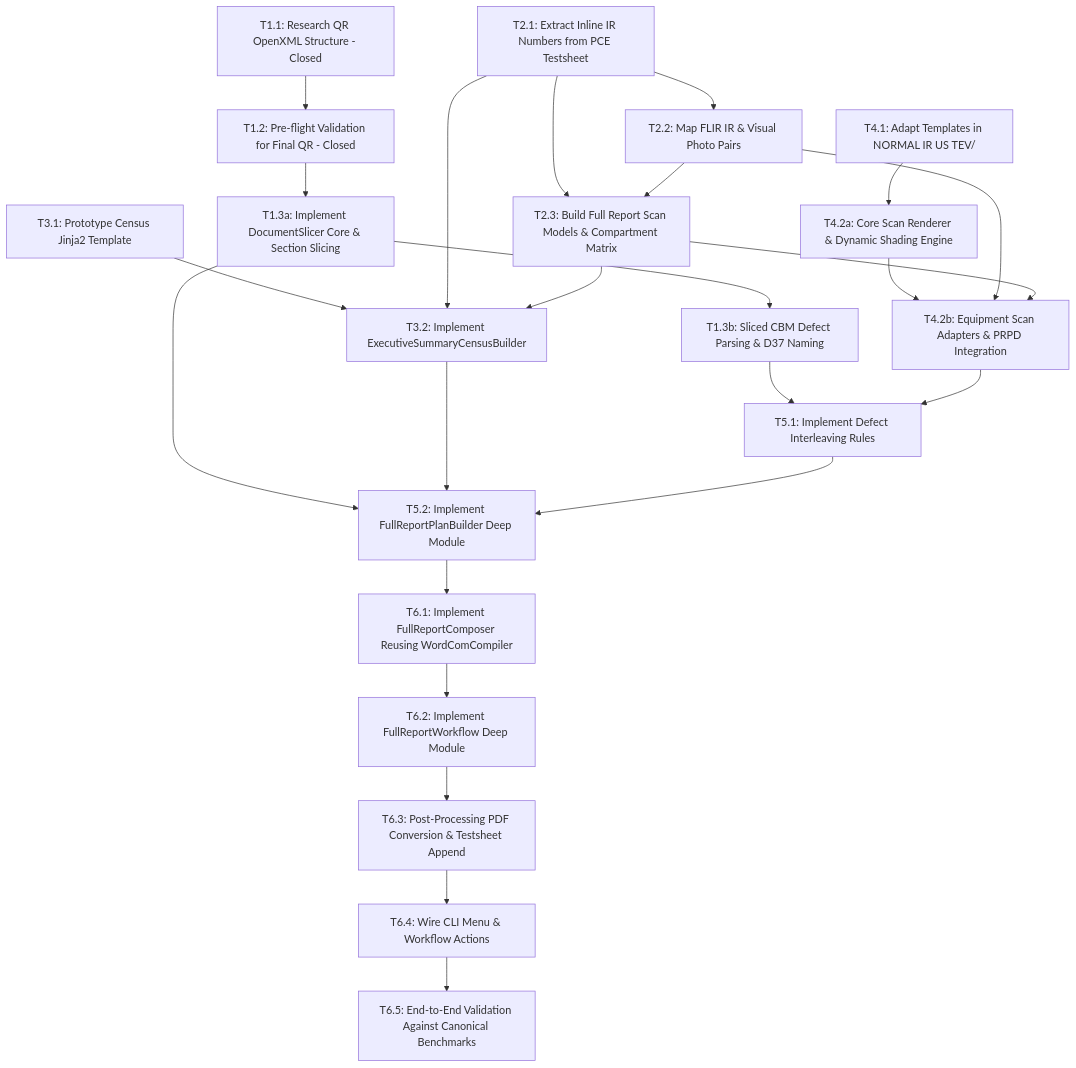
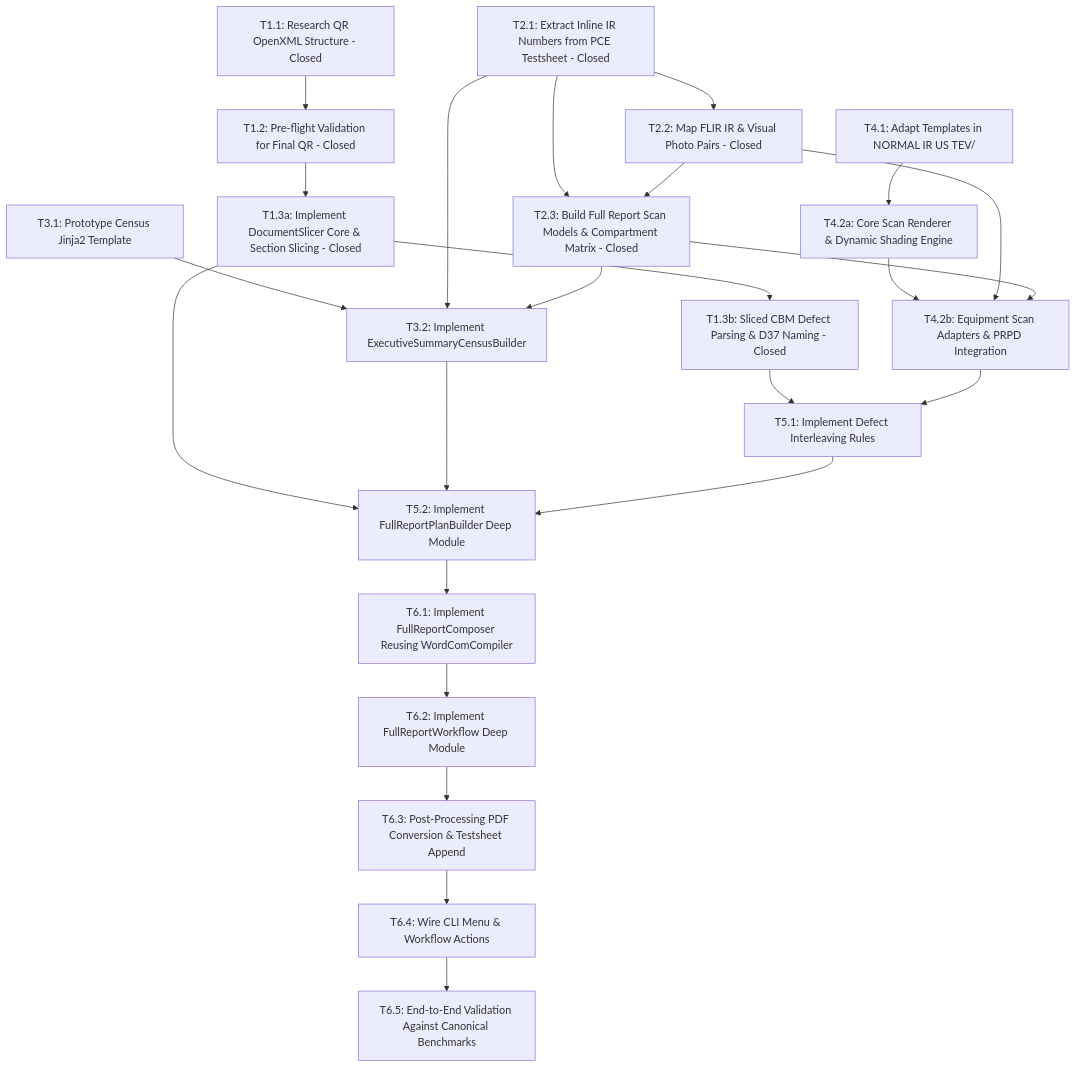
The diagram in .wayfinder/full-report-map/map.md (adamlarGit/pahang-cli), drawn with Mermaid before and after one commit. The commit also changed other lines of this file and 21 other files, not shown here.

First line of the commit message:
docs(full-report): sync map mermaid and link tickets (#39)

````diff
--- a/.wayfinder/full-report-map/map.md
+++ b/.wayfinder/full-report-map/map.md
@@ -125,32 +125,32 @@
 ```mermaid
 graph TD
     T1_1[T1.1: Research QR OpenXML Structure - Closed] --> T1_2[T1.2: Pre-flight Validation for Final QR - Closed]
-    T1_2 --> T1_3a[T1.3a: Implement DocumentSlicer Core & Section Slicing]
-    T1_3a --> T1_3b[T1.3b: Sliced CBM Defect Parsing & D37 Naming]
+    T1_2 --> T1_3a[T1.3a: Implement DocumentSlicer Core & Section Slicing - Closed]
+    T1_3a --> T1_3b[T1.3b: Sliced CBM Defect Parsing & D37 Naming - Closed]
     
-    T2_1[T2.1: Extract Inline IR Numbers from PCE Testsheet] --> T2_2[T2.2: Map FLIR IR & Visual Photo Pairs]
-    T2_1 --> T2_3[T2.3: Build Full Report Scan Models & Compartment Matrix]
+    T2_1[T2.1: Extract Inline IR Numbers from PCE Testsheet - Closed] --> T2_2[T2.2: Map FLIR IR & Visual Photo Pairs - Closed]
+    T2_1 --> T2_3[T2.3: Build Full Report Scan Models & Compartment Matrix - Closed]
     T2_2 --> T2_3
     
     T3_1[T3.1: Prototype Census Jinja2 Template] --> T3_2[T3.2: Implement ExecutiveSummaryCensusBuilder]
     T2_1 --> T3_2
     T2_3 --> T3_2
     
     T4_1[T4.1: Adapt Templates in NORMAL IR US TEV/] --> T4_2a[T4.2a: Core Scan Renderer & Dynamic Shading Engine]
     T4_2a --> T4_2b[T4.2b: Equipment Scan Adapters & PRPD Integration]
     T2_2 --> T4_2b
     T2_3 --> T4_2b
     
     T1_3b --> T5_1[T5.1: Implement Defect Interleaving Rules]
     T4_2b --> T5_1
     
     T1_3a --> T5_2[T5.2: Implement FullReportPlanBuilder Deep Module]
     T3_2 --> T5_2
     T5_1 --> T5_2
     
     T5_2 --> T6_1[T6.1: Implement FullReportComposer Reusing WordComCompiler]
     T6_1 --> T6_2[T6.2: Implement FullReportWorkflow Deep Module]
     T6_2 --> T6_3[T6.3: Post-Processing PDF Conversion & Testsheet Append]
     T6_3 --> T6_4[T6.4: Wire CLI Menu & Workflow Actions]
     T6_4 --> T6_5[T6.5: End-to-End Validation Against Canonical Benchmarks]
 ```
````
